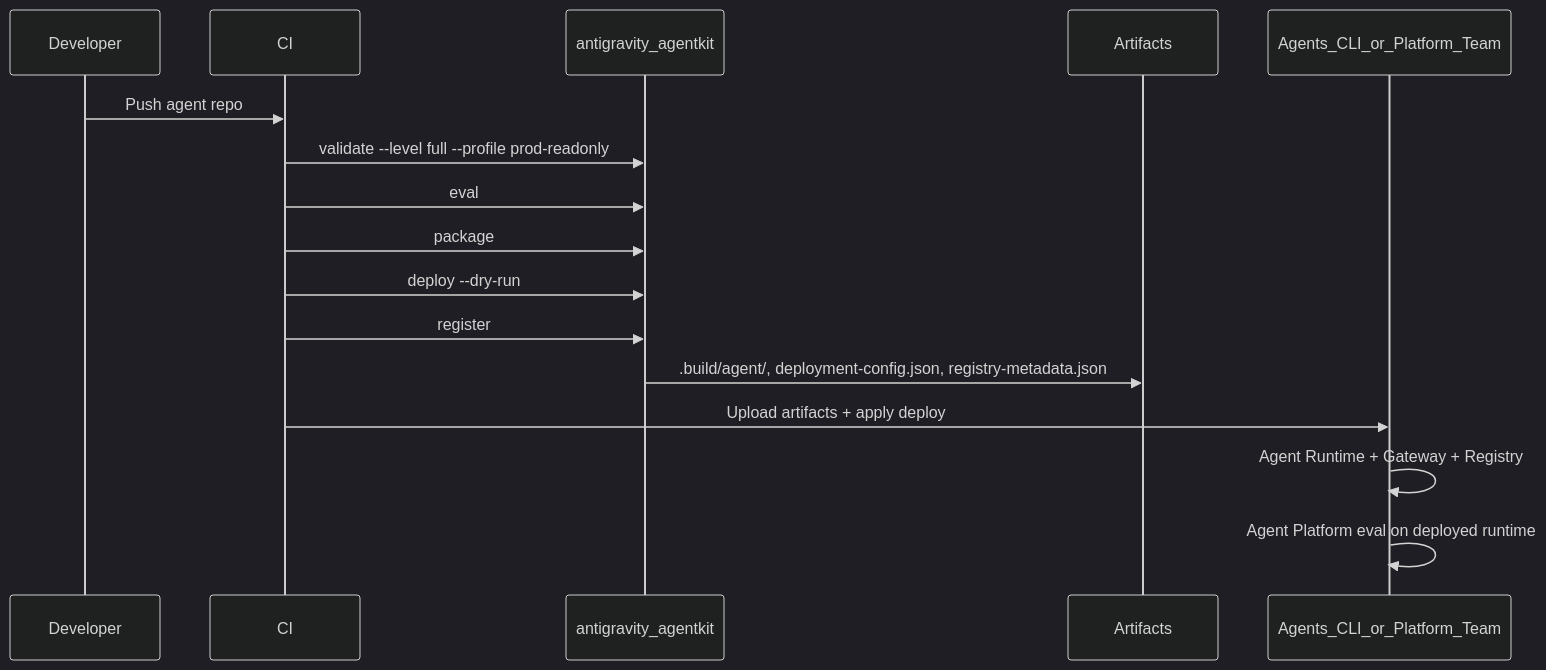
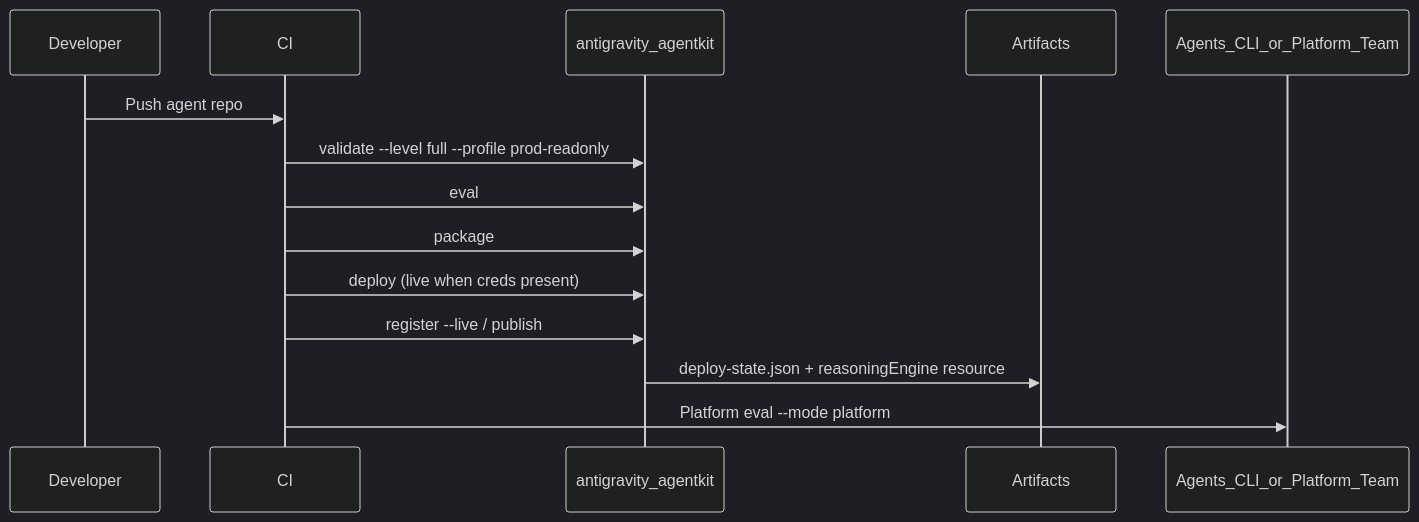
Before and after one commit to yu-iskw/antigravity-agentkit: the first of 3 diagrams in docs/guides/12-production-workflows.md, drawn with Mermaid (dark theme). The commit also changed other lines of this file and 40 other files, not shown here.

First line of the commit message:
feat(platform): add native Tier D ops for live deploy, registry, and eval

````diff
--- a/docs/guides/12-production-workflows.md
+++ b/docs/guides/12-production-workflows.md
@@ -11,19 +11,17 @@
 ```mermaid
 sequenceDiagram
     participant Dev as Developer
     participant CI as CI
     participant AK as antigravity_agentkit
     participant Art as Artifacts
     participant Plat as Agents_CLI_or_Platform_Team
 
     Dev->>CI: Push agent repo
     CI->>AK: validate --level full --profile prod-readonly
     CI->>AK: eval
     CI->>AK: package
-    CI->>AK: deploy --dry-run
-    CI->>AK: register
-    AK->>Art: .build/agent/, deployment-config.json, registry-metadata.json
-    CI->>Plat: Upload artifacts + apply deploy
-    Plat->>Plat: Agent Runtime + Gateway + Registry
-    Plat->>Plat: Agent Platform eval on deployed runtime
+    CI->>AK: deploy (live when creds present)
+    CI->>AK: register --live / publish
+    AK->>Art: deploy-state.json + reasoningEngine resource
+    CI->>Plat: Platform eval --mode platform
 ```
````
